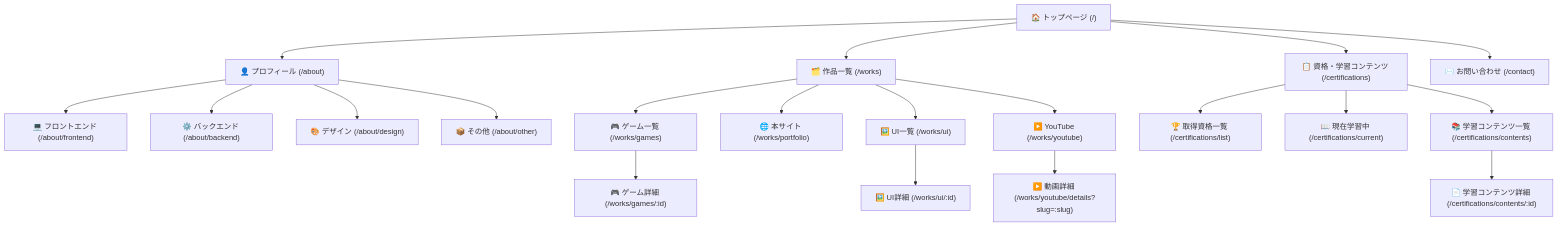
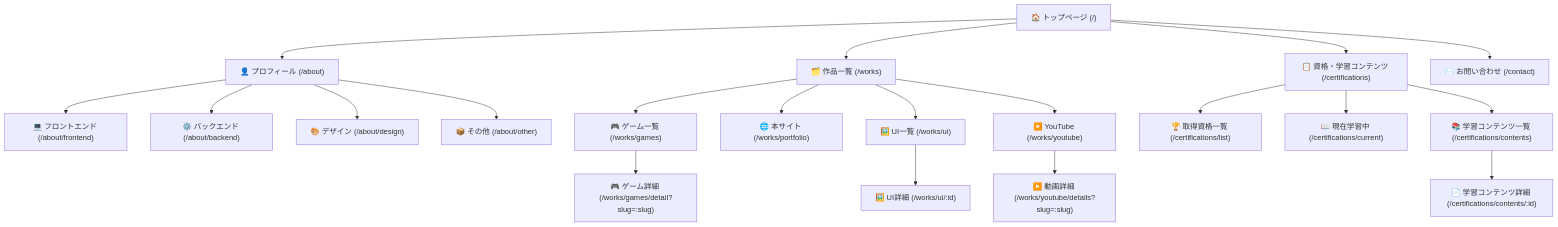
Before and after one commit to kuroHigasi/site-plan-private: the first of 3 diagrams in 01_DOCS/02_サイト構成/画面遷移図.md, drawn with Mermaid. The commit also changed 6 other files, not shown here.

Commit message:
update: ゲーム詳細・認証画面のURL形式をクエリパラメータ（`slug`）方式に変更し、関連ドキュメント・画面遷移図・サイト構成図を修正。

````diff
--- a/01_DOCS/02_サイト構成/画面遷移図.md
+++ b/01_DOCS/02_サイト構成/画面遷移図.md
@@ -9,47 +9,47 @@
 ```mermaid
 flowchart TD
     TOP["🏠 トップページ (/)"]
     ABOUT["👤 プロフィール (/about)"]
     ABOUT_FE["💻 フロントエンド (/about/frontend)"]
     ABOUT_BE["⚙️ バックエンド (/about/backend)"]
     ABOUT_DESIGN["🎨 デザイン (/about/design)"]
     ABOUT_OTHER["📦 その他 (/about/other)"]
     WORKS["🗂️ 作品一覧 (/works)"]
     GAMES["🎮 ゲーム一覧 (/works/games)"]
-    GAME_DETAIL["🎮 ゲーム詳細 (/works/games/:id)"]
+    GAME_DETAIL["🎮 ゲーム詳細 (/works/games/detail?slug=:slug)"]
     PORTFOLIO["🌐 本サイト (/works/portfolio)"]
     UI["🖼️ UI一覧 (/works/ui)"]
     UI_DETAIL["🖼️ UI詳細 (/works/ui/:id)"]
     YOUTUBE["▶️ YouTube (/works/youtube)"]
     YOUTUBE_DETAIL["▶️ 動画詳細 (/works/youtube/details?slug=:slug)"]
     CERT["📋 資格・学習コンテンツ (/certifications)"]
     CERT_LIST["🏆 取得資格一覧 (/certifications/list)"]
     CERT_CURRENT["📖 現在学習中 (/certifications/current)"]
     CERT_CONTENTS["📚 学習コンテンツ一覧 (/certifications/contents)"]
     CERT_DETAIL["📄 学習コンテンツ詳細 (/certifications/contents/:id)"]
     CONTACT["✉️ お問い合わせ (/contact)"]
 
     TOP --> ABOUT
     TOP --> WORKS
     TOP --> CERT
     TOP --> CONTACT
 
     ABOUT --> ABOUT_FE
     ABOUT --> ABOUT_BE
     ABOUT --> ABOUT_DESIGN
     ABOUT --> ABOUT_OTHER
 
     WORKS --> GAMES
     WORKS --> PORTFOLIO
     WORKS --> UI
     WORKS --> YOUTUBE
 
     GAMES --> GAME_DETAIL
     UI --> UI_DETAIL
     YOUTUBE --> YOUTUBE_DETAIL
 
     CERT --> CERT_LIST
     CERT --> CERT_CURRENT
     CERT --> CERT_CONTENTS
     CERT_CONTENTS --> CERT_DETAIL
 ```
````
